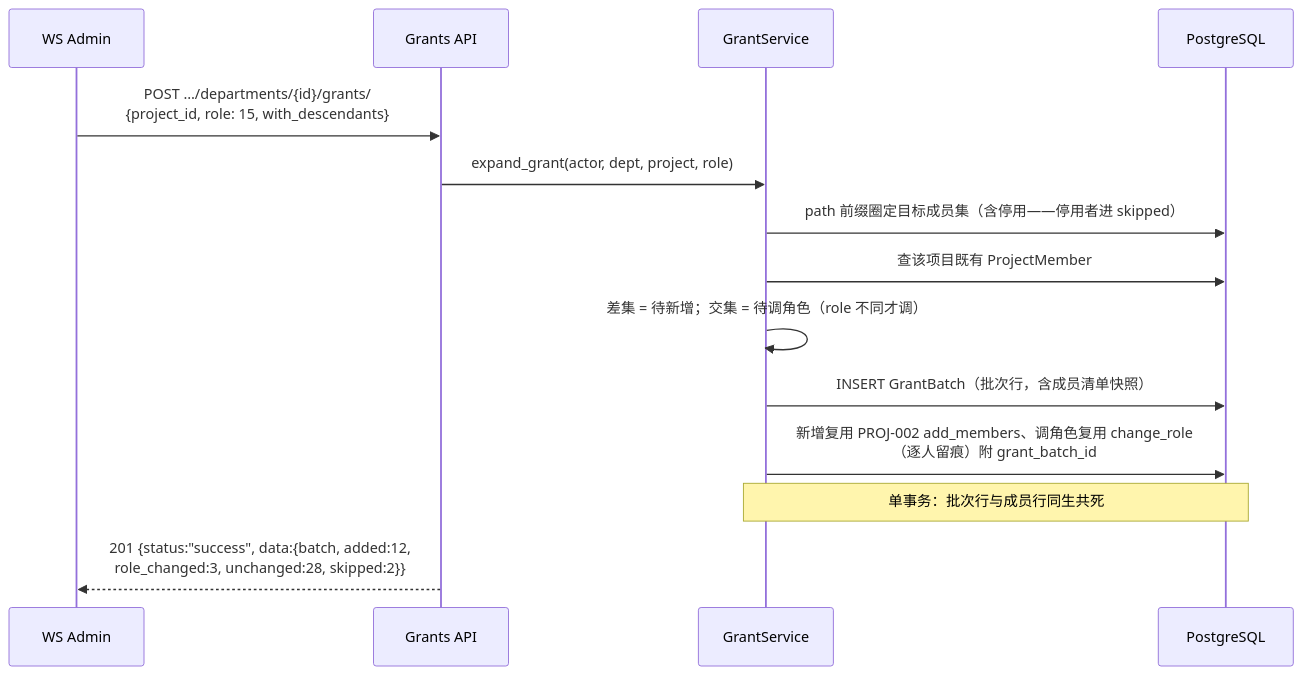
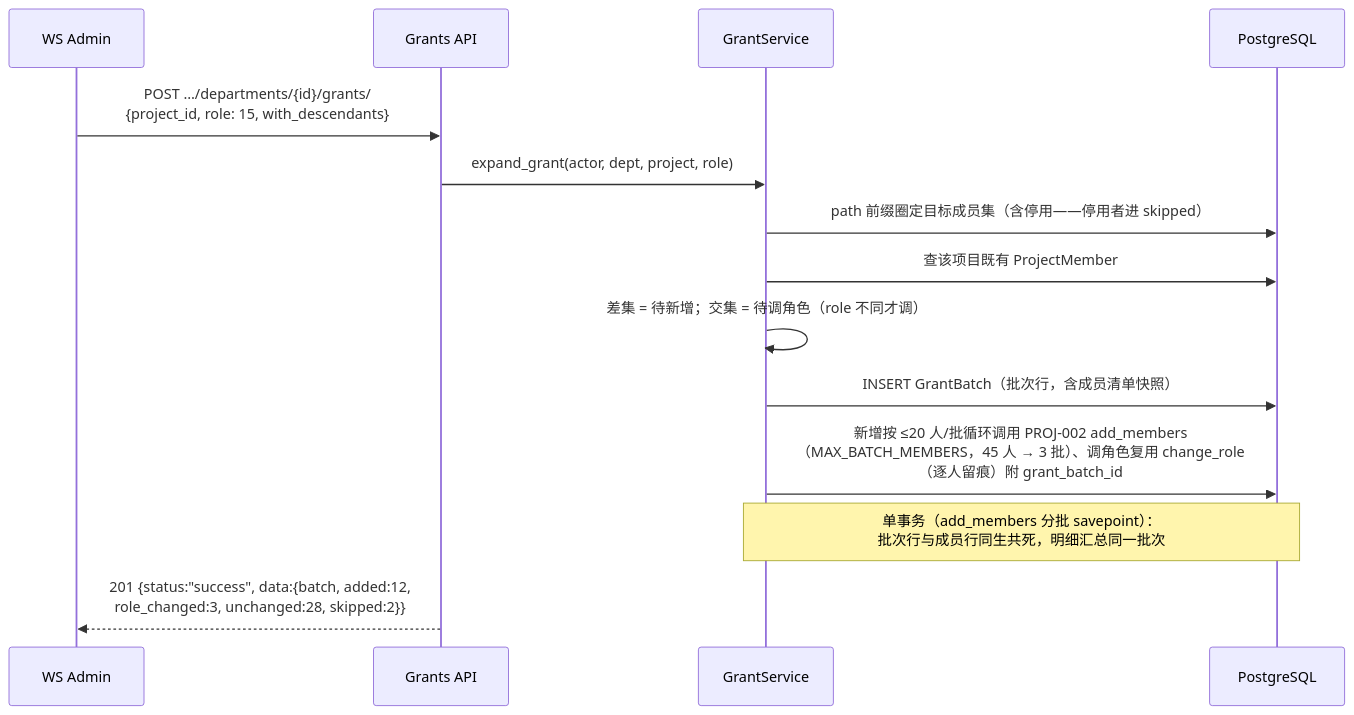
The third of 3 diagrams in docs/sprint-8-enterprise-org/AUTH-007-org-structure.md (RabbitAI-Lab/RabbitProjects), drawn with Mermaid before and after one commit. The commit also changed other lines of this file and 20 other files, not shown here.

````diff
--- a/docs/sprint-8-enterprise-org/AUTH-007-org-structure.md
+++ b/docs/sprint-8-enterprise-org/AUTH-007-org-structure.md
@@ -130,17 +130,17 @@
 ```mermaid
 sequenceDiagram
     participant A as WS Admin
     participant API as Grants API
     participant S as GrantService
     participant DB as PostgreSQL
 
     A->>API: POST …/departments/{id}/grants/<br/>{project_id, role: 15, with_descendants}
     API->>S: expand_grant(actor, dept, project, role)
     S->>DB: path 前缀圈定目标成员集（含停用——停用者进 skipped）
     S->>DB: 查该项目既有 ProjectMember
     S->>S: 差集 = 待新增；交集 = 待调角色（role 不同才调）
     S->>DB: INSERT GrantBatch（批次行，含成员清单快照）
-    S->>DB: 新增复用 PROJ-002 add_members、调角色复用 change_role<br/>（逐人留痕）附 grant_batch_id
-    Note over S,DB: 单事务：批次行与成员行同生共死
+    S->>DB: 新增按 ≤20 人/批循环调用 PROJ-002 add_members<br/>（MAX_BATCH_MEMBERS，45 人 → 3 批）、调角色复用 change_role<br/>（逐人留痕）附 grant_batch_id
+    Note over S,DB: 单事务（add_members 分批 savepoint）：<br/>批次行与成员行同生共死，明细汇总同一批次
     API-->>A: 201 {status:"success", data:{batch, added:12,<br/>role_changed:3, unchanged:28, skipped:2}}
 ```
````
